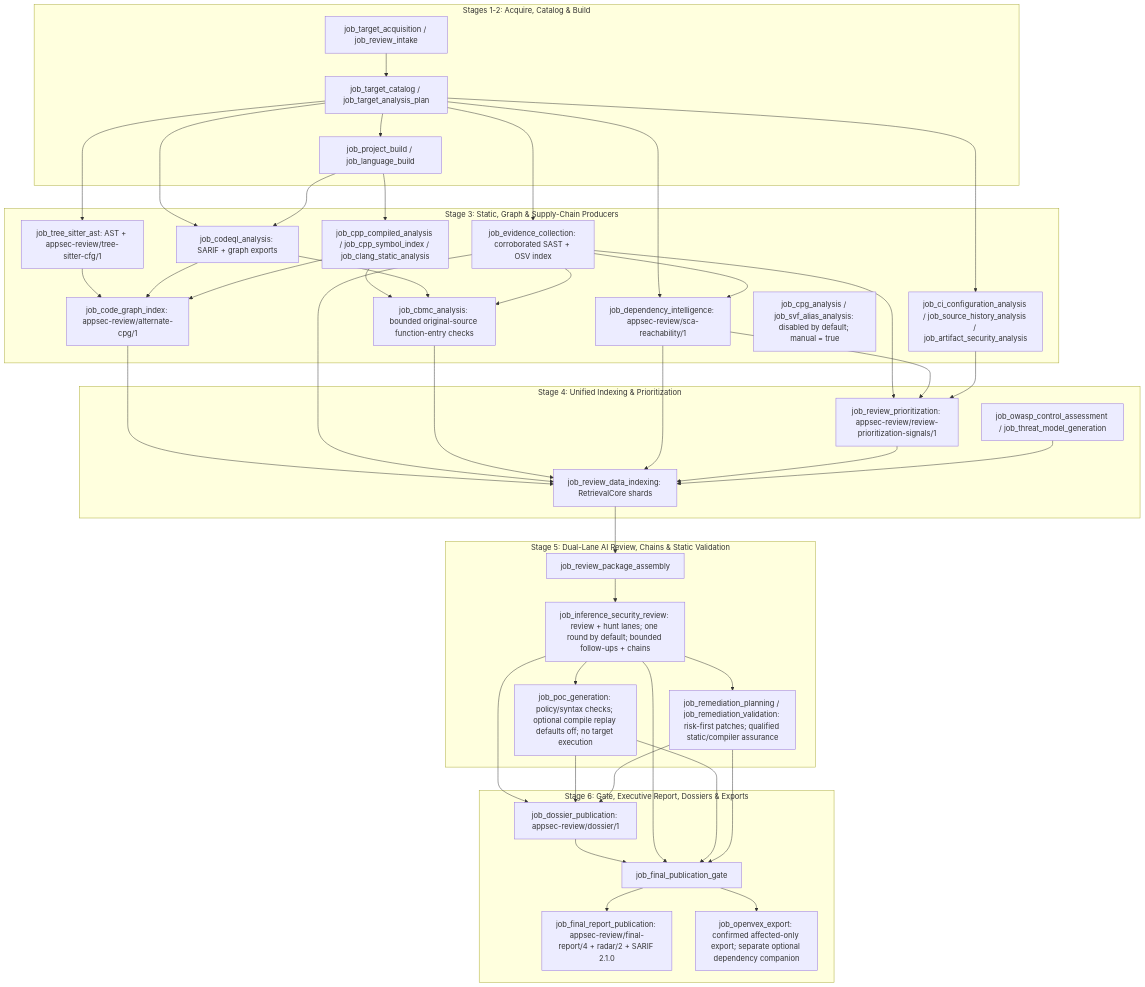
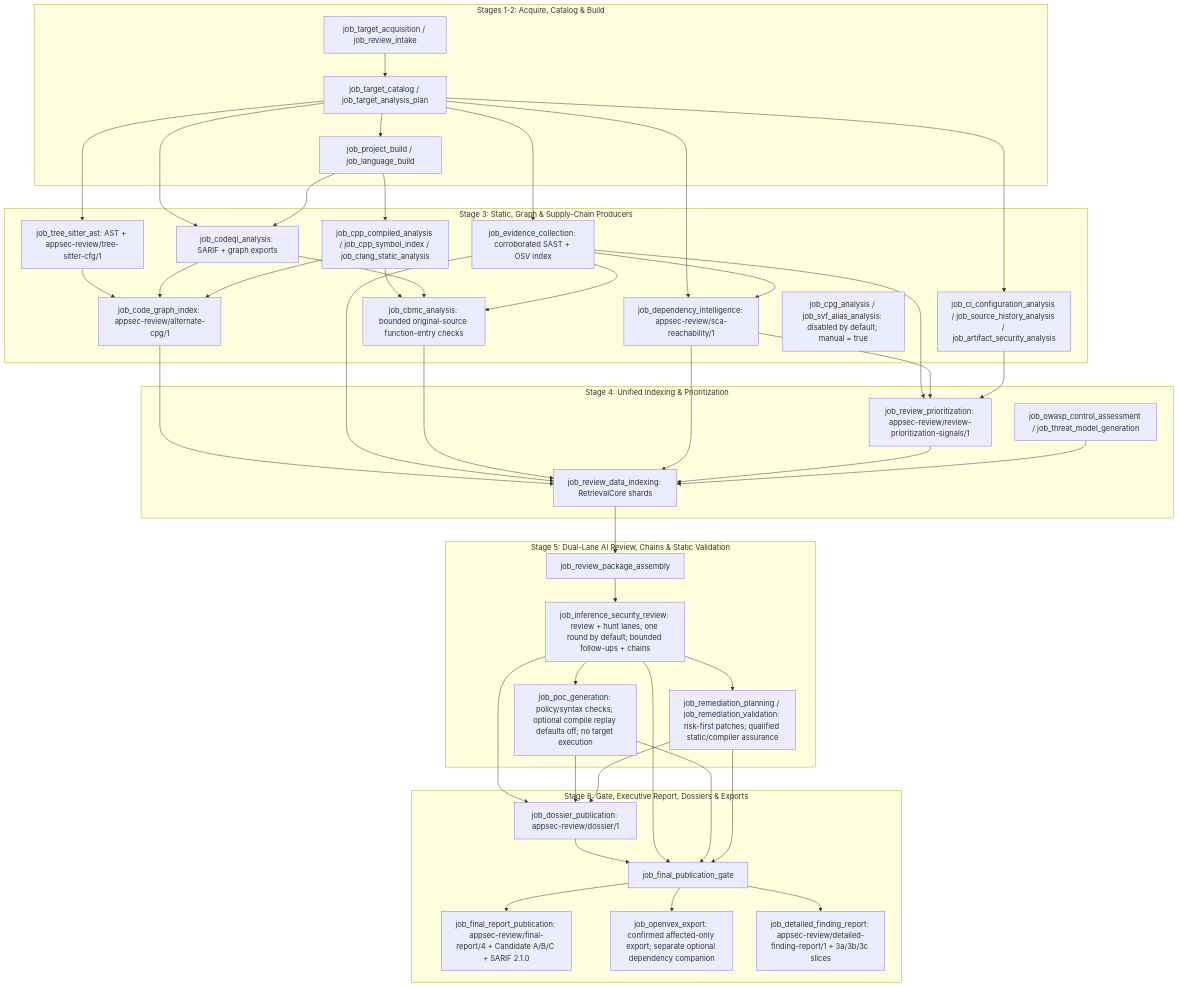
One commit to wsollers/appsec-review changed the diagram in docs/overview.md. Above: the diagram before and after it, drawn with Mermaid. The commit also changed other lines of this file and 358 other files, not shown here.

````diff
--- a/docs/overview.md
+++ b/docs/overview.md
@@ -37,53 +37,54 @@
 ```mermaid
 flowchart TB
   subgraph S12["Stages 1-2: Acquire, Catalog & Build"]
     acq["job_target_acquisition / job_review_intake"] --> cat["job_target_catalog / job_target_analysis_plan"]
     cat --> bld["job_project_build / job_language_build"]
   end
   subgraph S3["Stage 3: Static, Graph & Supply-Chain Producers"]
     cat --> ts["job_tree_sitter_ast: AST + appsec-review/tree-sitter-cfg/1"]
     cat --> cql["job_codeql_analysis: SARIF + graph exports"]
     bld --> cql
     bld --> cpp["job_cpp_compiled_analysis / job_cpp_symbol_index / job_clang_static_analysis"]
     ts --> cgi["job_code_graph_index: appsec-review/alternate-cpg/1"]
     cql --> cgi
     cpp --> cgi
     cpp --> cbmc["job_cbmc_analysis: bounded original-source function-entry checks"]
     cql --> cbmc
     cat --> ev["job_evidence_collection: corroborated SAST + OSV index"]
     cat --> dep["job_dependency_intelligence: appsec-review/sca-reachability/1"]
     ev --> dep
     ev --> cbmc
     cat --> ctx["job_ci_configuration_analysis / job_source_history_analysis / job_artifact_security_analysis"]
     retired["job_cpg_analysis / job_svf_alias_analysis: disabled by default; manual = true"]
   end
   subgraph S4["Stage 4: Unified Indexing & Prioritization"]
     prio["job_review_prioritization: appsec-review/review-prioritization-signals/1"]
     ev --> prio
     dep --> prio
     ctx --> prio
     cgi --> idx["job_review_data_indexing: RetrievalCore shards"]
     ev --> idx
     cbmc --> idx
     dep --> idx
     prio --> idx
     owasp["job_owasp_control_assessment / job_threat_model_generation"] --> idx
   end
   subgraph S5["Stage 5: Dual-Lane AI Review, Chains & Static Validation"]
     idx --> pkg["job_review_package_assembly"]
     pkg --> inf["job_inference_security_review: review + hunt lanes; one round by default; bounded follow-ups + chains"]
     inf --> poc["job_poc_generation: policy/syntax checks; optional compile replay defaults off; no target execution"]
     inf --> rem["job_remediation_planning / job_remediation_validation: risk-first patches; qualified static/compiler assurance"]
   end
   subgraph S6["Stage 6: Gate, Executive Report, Dossiers & Exports"]
     inf --> dos["job_dossier_publication: appsec-review/dossier/1"]
     poc --> dos
     rem --> dos
     dos --> gate["job_final_publication_gate"]
     inf --> gate
     poc --> gate
     rem --> gate
-    gate --> rep["job_final_report_publication: appsec-review/final-report/4 + radar/2 + SARIF 2.1.0"]
+    gate --> rep["job_final_report_publication: appsec-review/final-report/4 + Candidate A/B/C + SARIF 2.1.0"]
     gate --> vex["job_openvex_export: confirmed affected-only export; separate optional dependency companion"]
+    gate --> dfr["job_detailed_finding_report: appsec-review/detailed-finding-report/1 + 3a/3b/3c slices"]
   end
 ```
````
